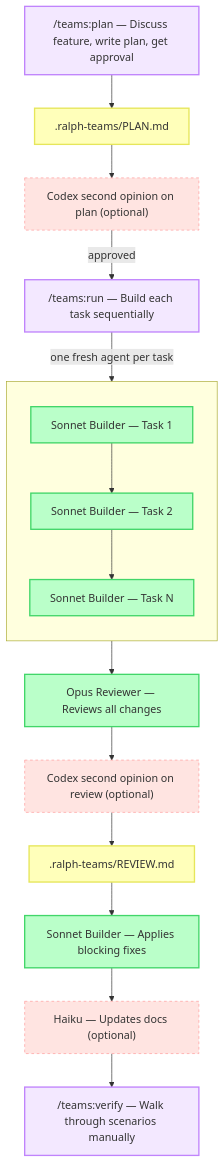
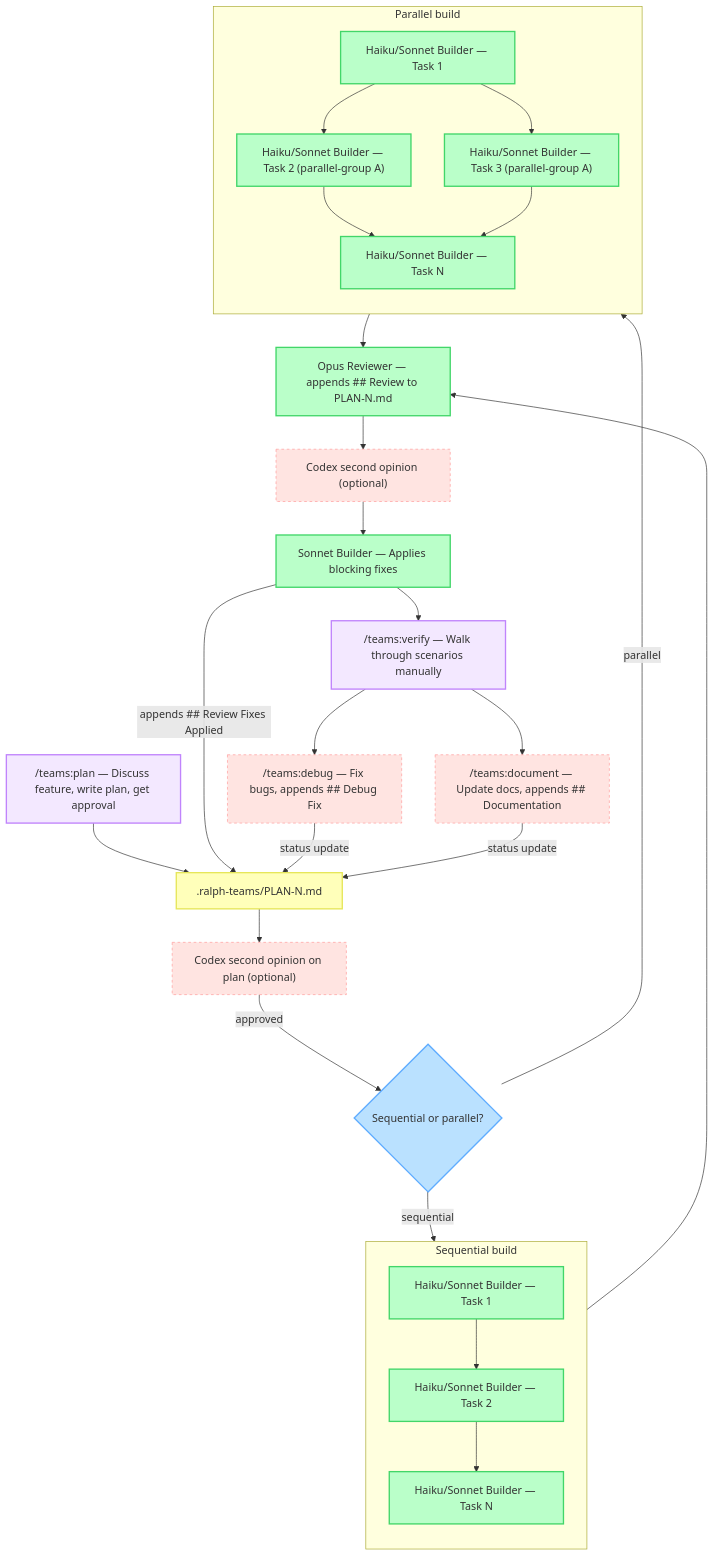
One commit to tuansondinh/ralph-teams-claude-plugin changed the diagram in FLOW.md. Above: the diagram before and after it, drawn with Mermaid. The commit also changed 2 other files, not shown here.

Commit message:
docs: update README, codebase.md, and FLOW.md for v1.4.2
- Document parallel mode with parallel-group task annotations
- Replace REVIEW.md/VERIFY.md references with single PLAN-N.md lifecycle doc
- Update flow diagram to show sequential/parallel branch and plan-appending stages
- Add plan file section table showing what each stage appends

````diff
--- a/FLOW.md
+++ b/FLOW.md
@@ -3,45 +3,61 @@
 ```mermaid
 flowchart TD
     classDef user fill:#ffdfba,stroke:#ffb347,stroke-width:2px,color:#333
     classDef orch fill:#bae1ff,stroke:#5facff,stroke-width:2px,color:#333
     classDef agent fill:#baffc9,stroke:#42d669,stroke-width:2px,color:#333
     classDef doc fill:#ffffba,stroke:#e6e65a,stroke-width:2px,color:#333
     classDef cmd fill:#f3e8ff,stroke:#c084fc,stroke-width:2px,color:#333
     classDef optional fill:#ffe4e1,stroke:#ff9999,stroke-width:1px,stroke-dasharray:4,color:#333
 
     P1["/teams:plan — Discuss feature, write plan, get approval"]:::cmd
-    P[".ralph-teams/PLAN.md"]:::doc
+    P[".ralph-teams/PLAN-N.md"]:::doc
     CX1["Codex second opinion on plan (optional)"]:::optional
+    MODE{"Sequential or parallel?"}:::orch
 
     P1 --> P
     P --> CX1
+    CX1 -->|"approved"| MODE
 
-    P2["/teams:run — Build each task sequentially"]:::cmd
-
-    CX1 -->|"approved"| P2
-
-    subgraph Build[" "]
+    subgraph SeqBuild["Sequential build"]
         direction TB
-        B1["Sonnet Builder — Task 1"]:::agent
-        B2["Sonnet Builder — Task 2"]:::agent
-        BN["Sonnet Builder — Task N"]:::agent
-        B1 --> B2 --> BN
+        SB1["Haiku/Sonnet Builder — Task 1"]:::agent
+        SB2["Haiku/Sonnet Builder — Task 2"]:::agent
+        SBN["Haiku/Sonnet Builder — Task N"]:::agent
+        SB1 --> SB2 --> SBN
     end
 
-    P2 -->|"one fresh agent per task"| Build
+    subgraph ParBuild["Parallel build"]
+        direction TB
+        PB1["Haiku/Sonnet Builder — Task 1"]:::agent
+        PB2["Haiku/Sonnet Builder — Task 2 (parallel-group A)"]:::agent
+        PB3["Haiku/Sonnet Builder — Task 3 (parallel-group A)"]:::agent
+        PBN["Haiku/Sonnet Builder — Task N"]:::agent
+        PB1 --> PB2
+        PB1 --> PB3
+        PB2 --> PBN
+        PB3 --> PBN
+    end
 
-    R["Opus Reviewer — Reviews all changes"]:::agent
-    CX2["Codex second opinion on review (optional)"]:::optional
-    REV[".ralph-teams/REVIEW.md"]:::doc
+    MODE -->|"sequential"| SeqBuild
+    MODE -->|"parallel"| ParBuild
+
+    R["Opus Reviewer — appends ## Review to PLAN-N.md"]:::agent
+    CX2["Codex second opinion (optional)"]:::optional
     BF["Sonnet Builder — Applies blocking fixes"]:::agent
-    DOCS["Haiku — Updates docs (optional)"]:::optional
 
-    Build --> R
+    SeqBuild --> R
+    ParBuild --> R
     R --> CX2
-    CX2 --> REV
-    REV --> BF
-    BF --> DOCS
+    CX2 --> BF
+    BF -->|"appends ## Review Fixes Applied"| P
 
     P3["/teams:verify — Walk through scenarios manually"]:::cmd
-    DOCS --> P3
+    DBG["/teams:debug — Fix bugs, appends ## Debug Fix"]:::optional
+    DOCS["/teams:document — Update docs, appends ## Documentation"]:::optional
+
+    BF --> P3
+    P3 --> DBG
+    P3 --> DOCS
+    DBG -->|"status update"| P
+    DOCS -->|"status update"| P
 ```
````
